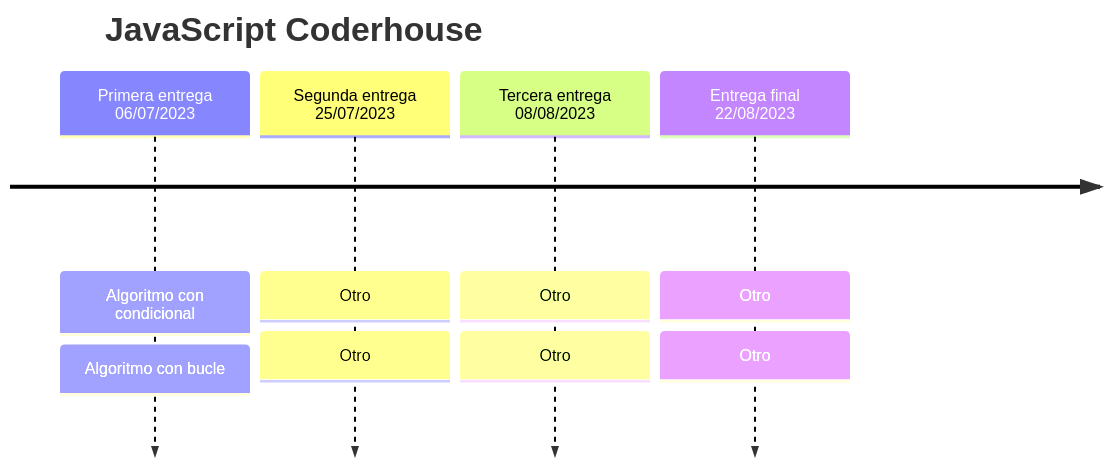
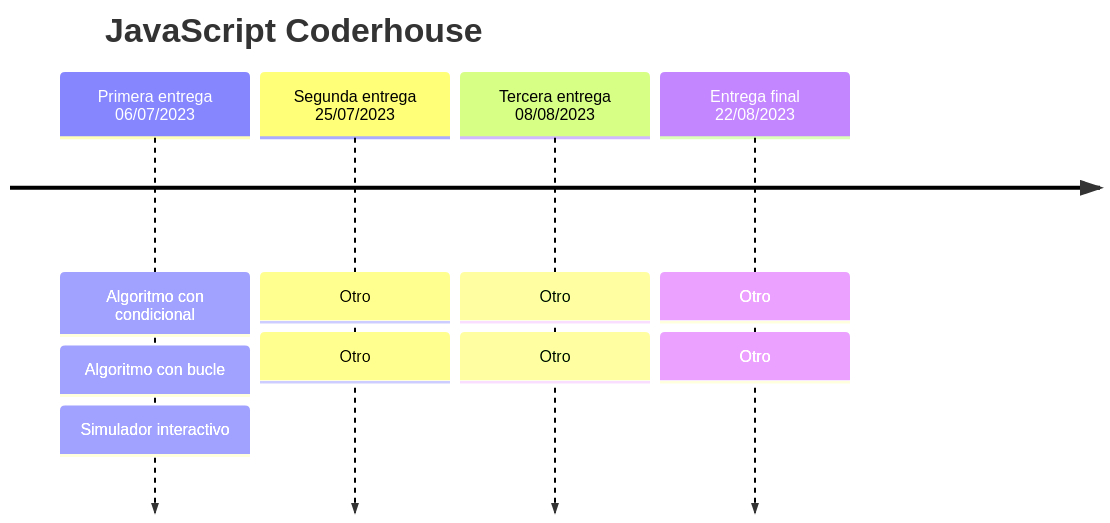
One commit to agusflores/js-coderhouse changed the diagram in README.md. Above: the diagram before and after it, drawn with Mermaid.

````diff
--- a/README.md
+++ b/README.md
@@ -18,8 +18,8 @@
 ``` mermaid
 timeline
     title JavaScript Coderhouse
-    Primera entrega 06/07/2023 : Algoritmo con condicional : Algoritmo con bucle
+    Primera entrega 06/07/2023 : Algoritmo con condicional : Algoritmo con bucle : Simulador interactivo
     Segunda entrega 25/07/2023 : Otro : Otro 
     Tercera entrega 08/08/2023 : Otro : Otro
     Entrega final 22/08/2023   : Otro : Otro
 ```
````
